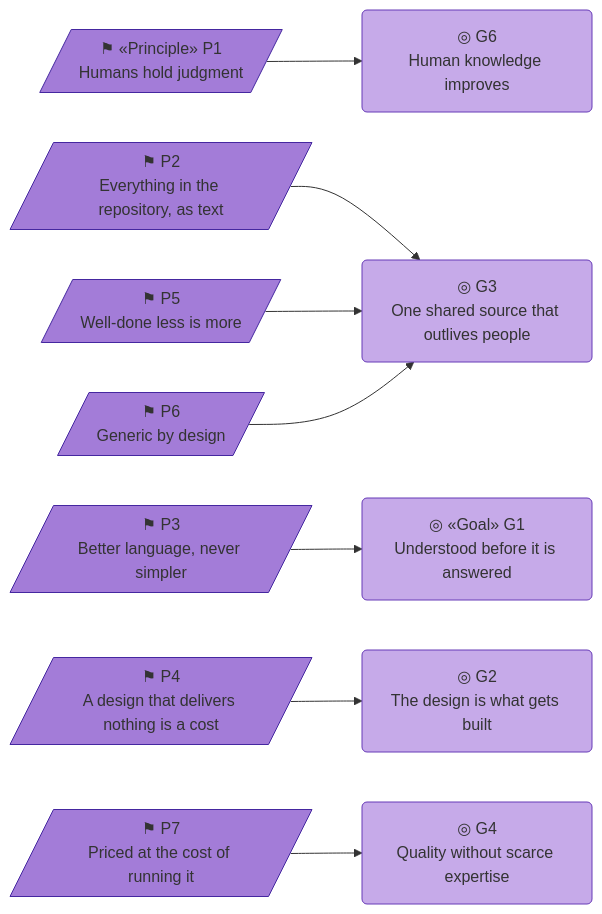
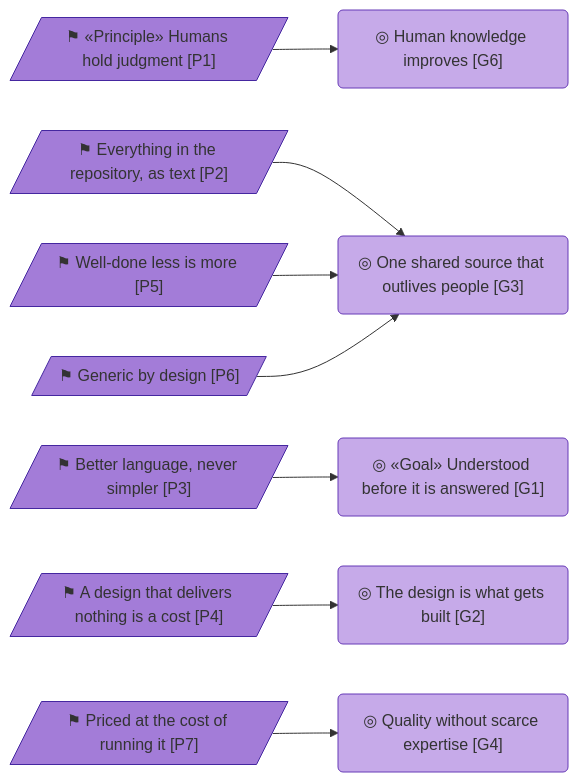
One commit to roanboc/architecture-archreator changed the seventh of 7 diagrams in org-archreator/architecture/1_strategy/1_motivation.md. Above: the diagram before and after it, drawn with Mermaid. The commit also changed other lines of this file and 38 other files, not shown here.

````diff
--- a/org-archreator/architecture/1_strategy/1_motivation.md
+++ b/org-archreator/architecture/1_strategy/1_motivation.md
@@ -337,27 +337,27 @@
 ```mermaid
 flowchart LR
-  p1[/"⚑ «Principle» P1<br>Humans hold judgment"/]:::principle
-  p2[/"⚑ P2<br>Everything in the repository, as text"/]:::principle
-  p3[/"⚑ P3<br>Better language, never simpler"/]:::principle
-  p4[/"⚑ P4<br>A design that delivers nothing is a cost"/]:::principle
-  p5[/"⚑ P5<br>Well-done less is more"/]:::principle
-  p6[/"⚑ P6<br>Generic by design"/]:::principle
-  p7[/"⚑ P7<br>Priced at the cost of running it"/]:::principle
+  p1[/"⚑ «Principle» Humans hold judgment [P1]"/]:::principle
+  p2[/"⚑ Everything in the repository, as text [P2]"/]:::principle
+  p3[/"⚑ Better language, never simpler [P3]"/]:::principle
+  p4[/"⚑ A design that delivers nothing is a cost [P4]"/]:::principle
+  p5[/"⚑ Well-done less is more [P5]"/]:::principle
+  p6[/"⚑ Generic by design [P6]"/]:::principle
+  p7[/"⚑ Priced at the cost of running it [P7]"/]:::principle
 
-  g1("◎ «Goal» G1<br>Understood before it is answered"):::goal
-  g2("◎ G2<br>The design is what gets built"):::goal
-  g3("◎ G3<br>One shared source that outlives people"):::goal
-  g4("◎ G4<br>Quality without scarce expertise"):::goal
-  g6("◎ G6<br>Human knowledge improves"):::goal
+  g1("◎ «Goal» Understood before it is answered [G1]"):::goal
+  g2("◎ The design is what gets built [G2]"):::goal
+  g3("◎ One shared source that outlives people [G3]"):::goal
+  g4("◎ Quality without scarce expertise [G4]"):::goal
+  g6("◎ Human knowledge improves [G6]"):::goal
 
   p3 --> g1
   p4 --> g2
   p2 --> g3
   p5 --> g3
   p6 --> g3
   p7 --> g4
   p1 --> g6
 
   classDef principle fill:#a37cd8,stroke:#4527a0,color:#333
   classDef goal fill:#c6aae9,stroke:#673ab7,color:#333
 ```
````
